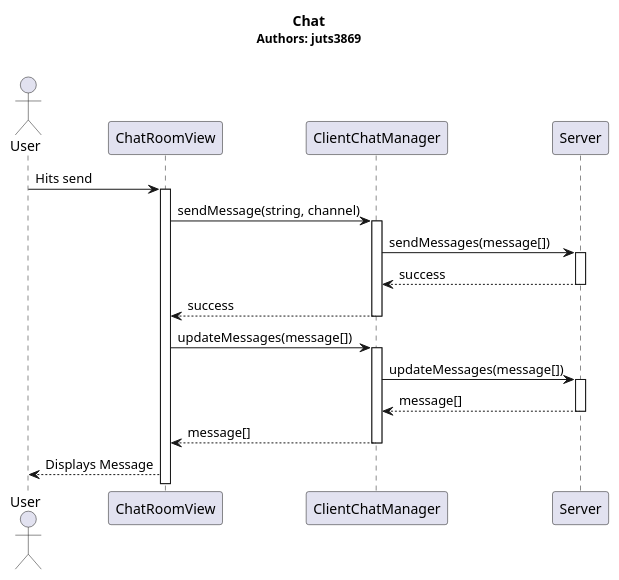
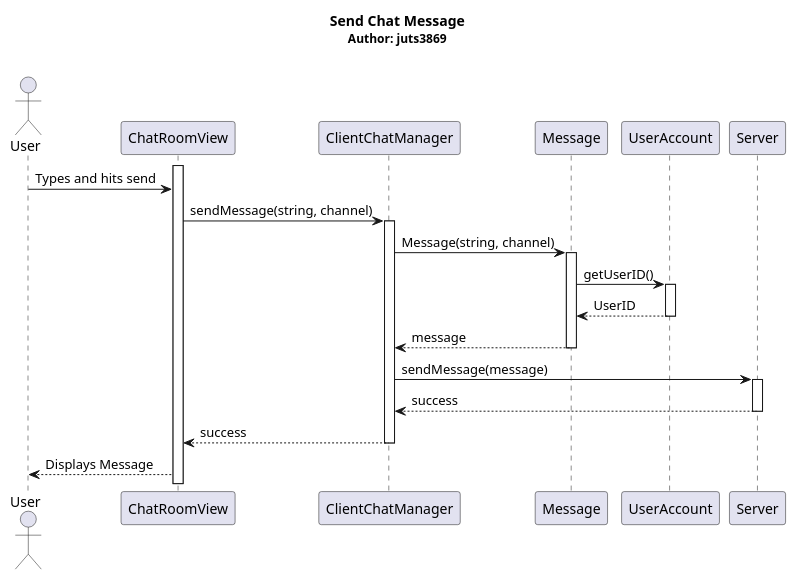
One commit to voxelv/sQuire_kw changed the diagram in Sequence Diagrams/Chat/sendChat_JJ.pu. Above: the diagram before and after it, drawn with PlantUML. The commit also changed 1 other file, not shown here.

```diff
--- a/Sequence Diagrams/Chat/sendChat_JJ.pu
+++ b/Sequence Diagrams/Chat/sendChat_JJ.pu
@@ -1,30 +1,39 @@
 @startuml
-hide circle
-hide empty members
 
-Title <b>Chat</b>\n<size:12>Authors: juts3869\n
+Title <b>Send Chat Message</b>\n<size:12>Author: juts3869\n
 
 actor User
-User -> ChatRoomView : Hits send
-activate ChatRoomView
-ChatRoomView -> ClientChatManager: sendMessage(string, channel)
-activate ClientChatManager
-ClientChatManager -> Server : sendMessages(message[])
-activate Server
-Server --> ClientChatManager : success
-deactivate Server
-ClientChatManager --> ChatRoomView : success
-deactivate ClientChatManager
+participant ChatRoomView as CRV
+participant ClientChatManager as CCM
+participant Message as M
+participant UserAccount as UA
+participant Server as S
 
-ChatRoomView-> ClientChatManager: updateMessages(message[])
-activate ClientChatManager
-ClientChatManager -> Server: updateMessages(message[])
+activate CRV
+User -> CRV : Types and hits send
+CRV -> CCM: sendMessage(string, channel)
+activate CCM
+CCM -> M : Message(string, channel)
+activate M
+M -> UA : getUserID()
+activate UA
+UA --> M : UserID
+deactivate UA
+M --> CCM : message
+deactivate M
+CCM -> S : sendMessage(message)
+activate S
+S --> CCM : success
+deactivate S
+CCM --> CRV : success
+deactivate CCM
 
-activate Server
-Server --> ClientChatManager : message[]
-deactivate Server
-ClientChatManager --> ChatRoomView : message[]
-deactivate ClientChatManager
-ChatRoomView --> User : Displays Message
+
+'/CCM -> S: updateMessages(message)
+'/activate S
+'/S --> CCM : message[]
+'/deactivate S
+'/CCM --> CRV : message[]
+CRV --> User : Displays Message
 
 @enduml
```
